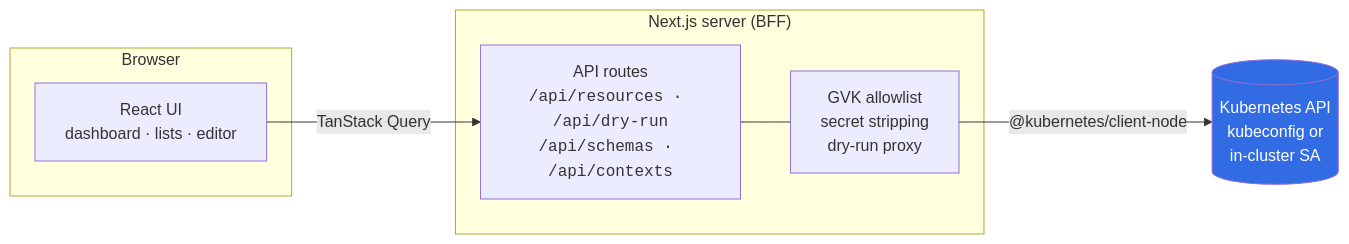
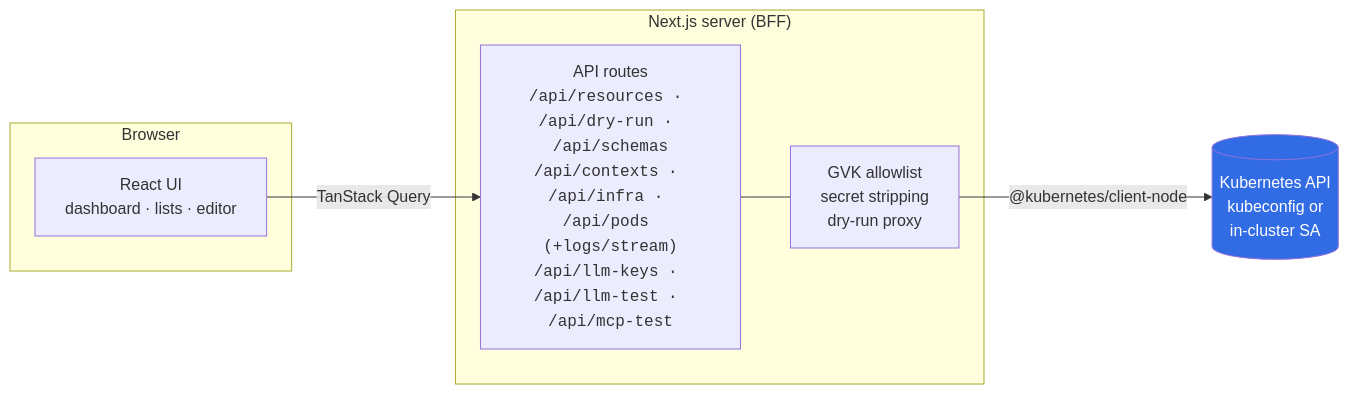
Before and after one commit to kevin-shelaga/agentgateway-console: the second of 2 diagrams in README.md, drawn with Mermaid. The commit also changed other lines of this file, not shown here.

Commit message:
docs: README catch-up — all managed kinds, playground, API keys, pods, enterprise

````diff
--- a/README.md
+++ b/README.md
@@ -235,15 +269,15 @@
 ```mermaid
 flowchart LR
     subgraph Browser
         UI["React UI<br/>dashboard · lists · editor"]
     end
     subgraph "Next.js server (BFF)"
-        API["API routes<br/><code>/api/resources · /api/dry-run<br/>/api/schemas · /api/contexts</code>"]
+        API["API routes<br/><code>/api/resources · /api/dry-run · /api/schemas<br/>/api/contexts · /api/infra · /api/pods (+logs/stream)<br/>/api/llm-keys · /api/llm-test · /api/mcp-test</code>"]
         G["GVK allowlist<br/>secret stripping<br/>dry-run proxy"]
     end
     K8S[("Kubernetes API<br/>kubeconfig or<br/>in-cluster SA")]
     UI -- "TanStack Query" --> API
     API --- G
     G -- "@kubernetes/client-node" --> K8S
     style K8S fill:#326ce5,color:#fff
 ```
````
